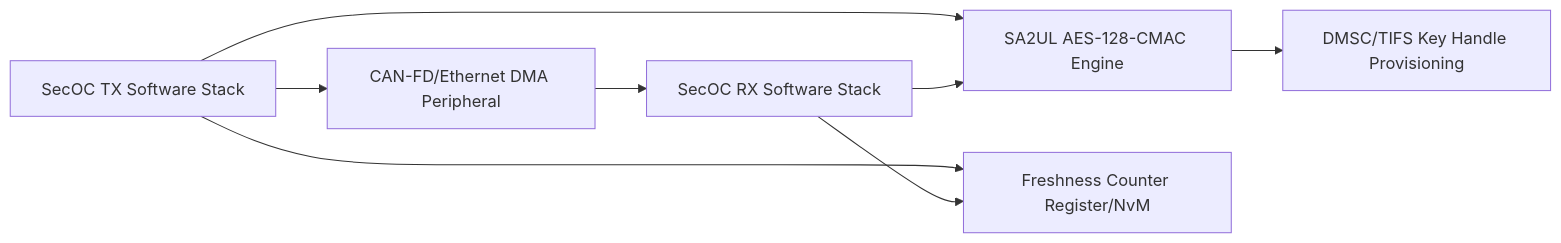
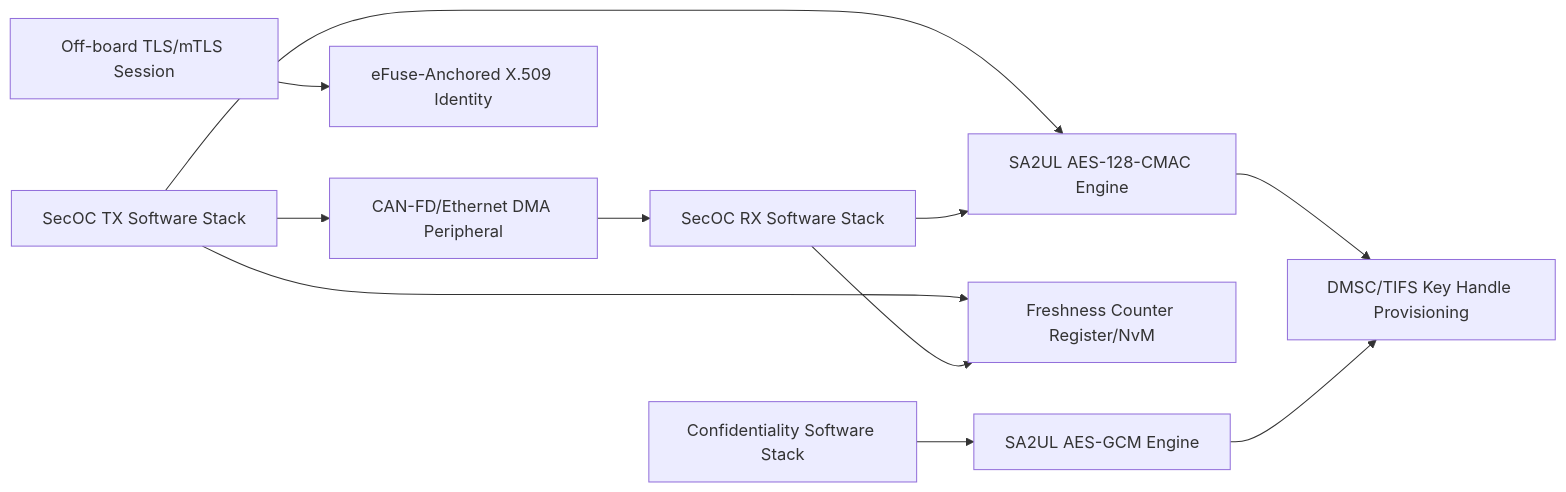
The second of 4 diagrams in TDA4VM_SecOC_Requirements.md (vinodneelakantam/Sec_Concepts_Req_tracability), drawn with Mermaid before and after one commit. The commit also changed other lines of this file and 4 other files, not shown here.

````diff
--- a/TDA4VM_SecOC_Requirements.md
+++ b/TDA4VM_SecOC_Requirements.md
@@ -98,10 +118,13 @@
 ```mermaid
 graph LR
   TX[SecOC TX Software Stack] --> SA2UL[SA2UL AES-128-CMAC Engine]
   RX[SecOC RX Software Stack] --> SA2UL
   SA2UL --> DMSC[DMSC/TIFS Key Handle Provisioning]
   TX --> FCTR[Freshness Counter Register/NvM]
   RX --> FCTR
   TX --> NETIF[CAN-FD/Ethernet DMA Peripheral]
   NETIF --> RX
+  CONF[Confidentiality Software Stack] --> GCM[SA2UL AES-GCM Engine]
+  GCM --> DMSC
+  OB[Off-board TLS/mTLS Session] --> CERT[eFuse-Anchored X.509 Identity]
 ```
````
